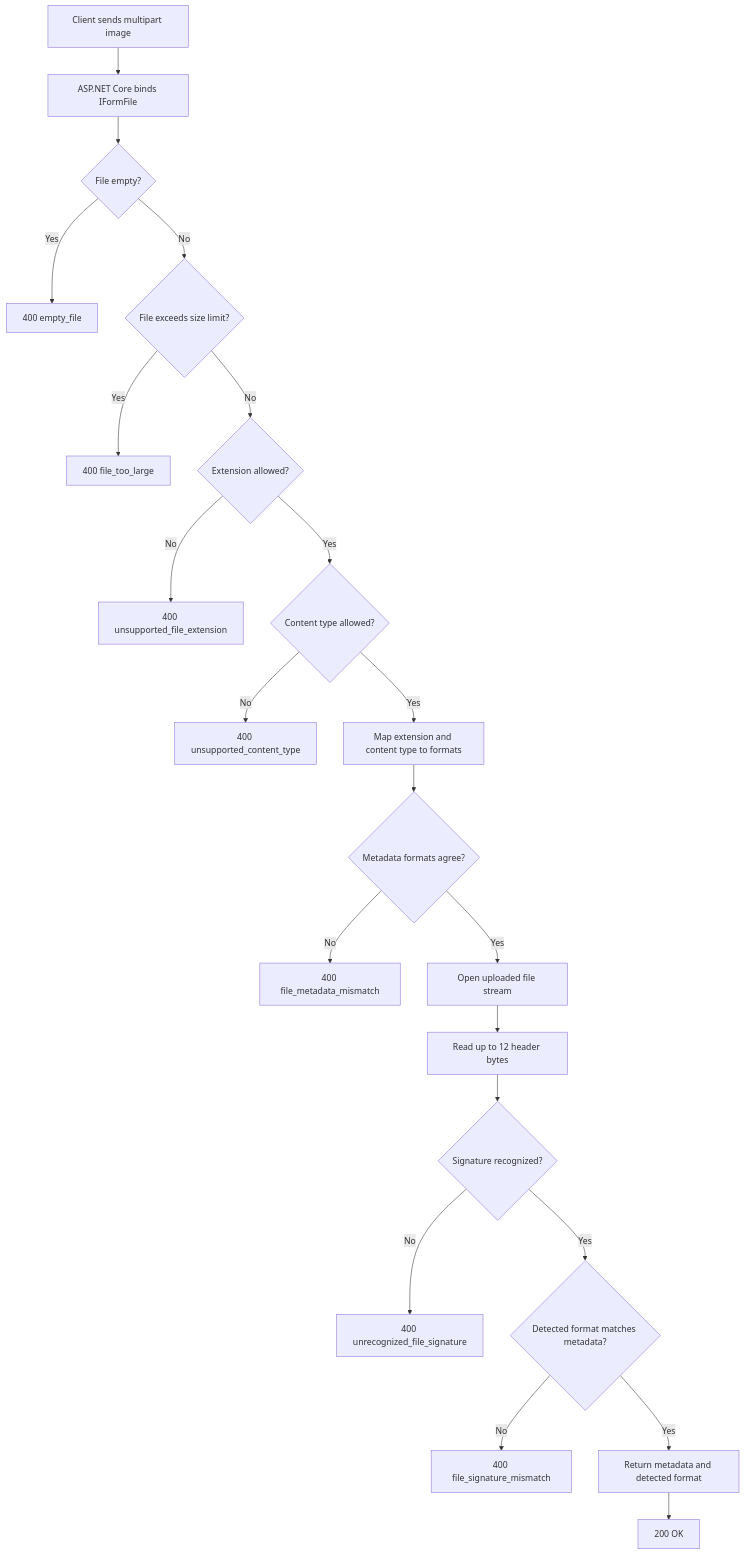
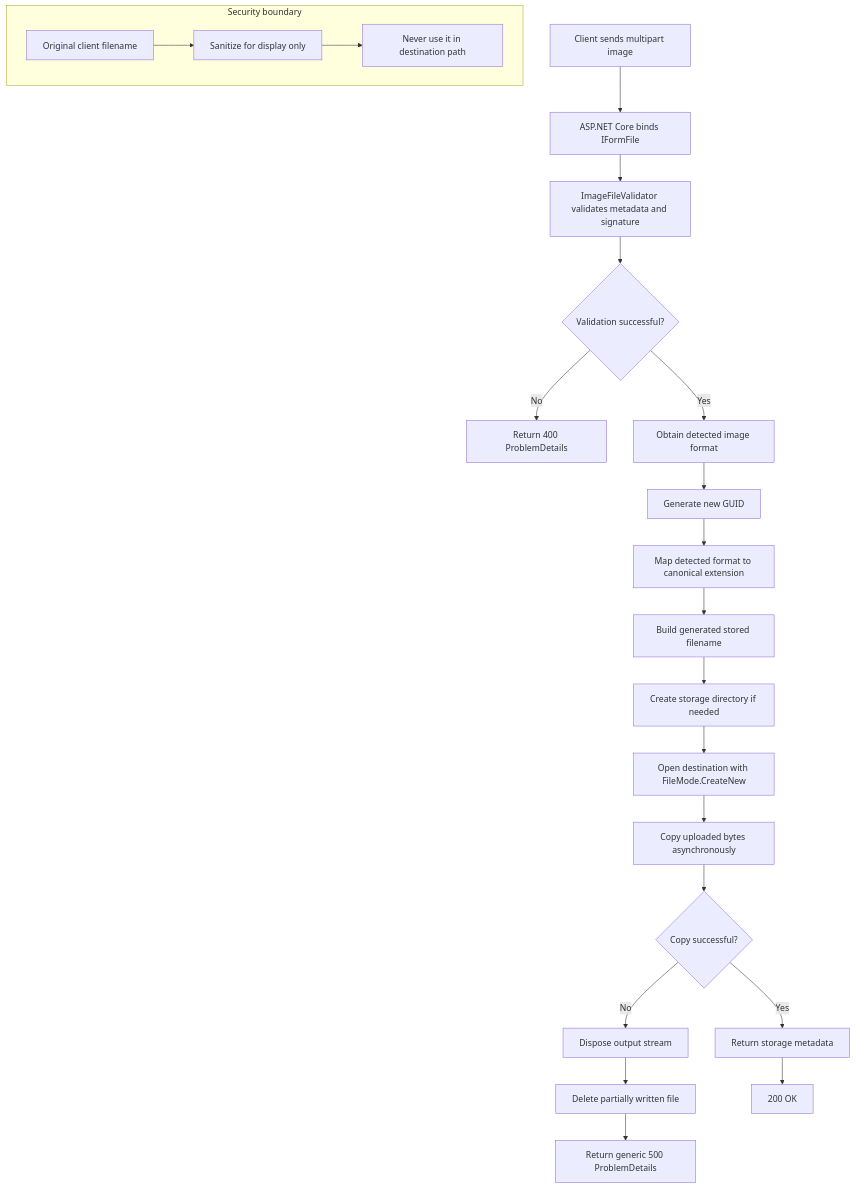
One commit to Prztyk/Project19 changed the diagram in CodeOcr.Api/Documentation/Diagrams/image-upload-flow.mmd. Above: the diagram before and after it, drawn with Mermaid. The commit also changed 15 other files, not shown here.

Commit message:
feature: add safe local image storage

```diff
--- a/CodeOcr.Api/Documentation/Diagrams/image-upload-flow.mmd
+++ b/CodeOcr.Api/Documentation/Diagrams/image-upload-flow.mmd
@@ -1,30 +1,31 @@
 flowchart TD
     A[Client sends multipart image] --> B[ASP.NET Core binds IFormFile]
-    B --> C{File empty?}
+    B --> C[ImageFileValidator validates metadata and signature]
 
-    C -- Yes --> C1[400 empty_file]
-    C -- No --> D{File exceeds size limit?}
+    C --> D{Validation successful?}
+    D -- No --> E[Return 400 ProblemDetails]
+    D -- Yes --> F[Obtain detected image format]
 
-    D -- Yes --> D1[400 file_too_large]
-    D -- No --> E{Extension allowed?}
+    F --> G[Generate new GUID]
+    G --> H[Map detected format to canonical extension]
+    H --> I[Build generated stored filename]
+    I --> J[Create storage directory if needed]
 
-    E -- No --> E1[400 unsupported_file_extension]
-    E -- Yes --> F{Content type allowed?}
+    J --> K[Open destination with FileMode.CreateNew]
+    K --> L[Copy uploaded bytes asynchronously]
 
-    F -- No --> F1[400 unsupported_content_type]
-    F -- Yes --> G[Map extension and content type to formats]
+    L --> M{Copy successful?}
+    M -- No --> N[Dispose output stream]
+    N --> O[Delete partially written file]
+    O --> P[Return generic 500 ProblemDetails]
 
-    G --> H{Metadata formats agree?}
-    H -- No --> H1[400 file_metadata_mismatch]
-    H -- Yes --> I[Open uploaded file stream]
+    M -- Yes --> Q[Return storage metadata]
+    Q --> R[200 OK]
 
-    I --> J[Read up to 12 header bytes]
-    J --> K{Signature recognized?}
-
-    K -- No --> K1[400 unrecognized_file_signature]
-    K -- Yes --> L{Detected format matches metadata?}
-
-    L -- No --> L1[400 file_signature_mismatch]
-    L -- Yes --> M[Return metadata and detected format]
-
-    M --> N[200 OK]
+    subgraph Security boundary
+        S[Original client filename]
+        T[Sanitize for display only]
+        U[Never use it in destination path]
+        S --> T
+        T --> U
+    end
```
